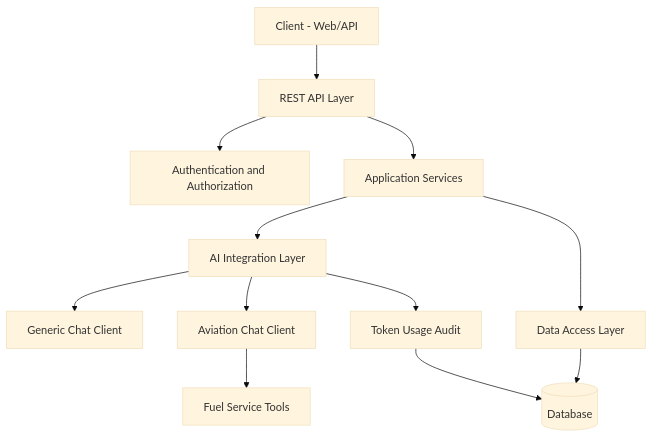
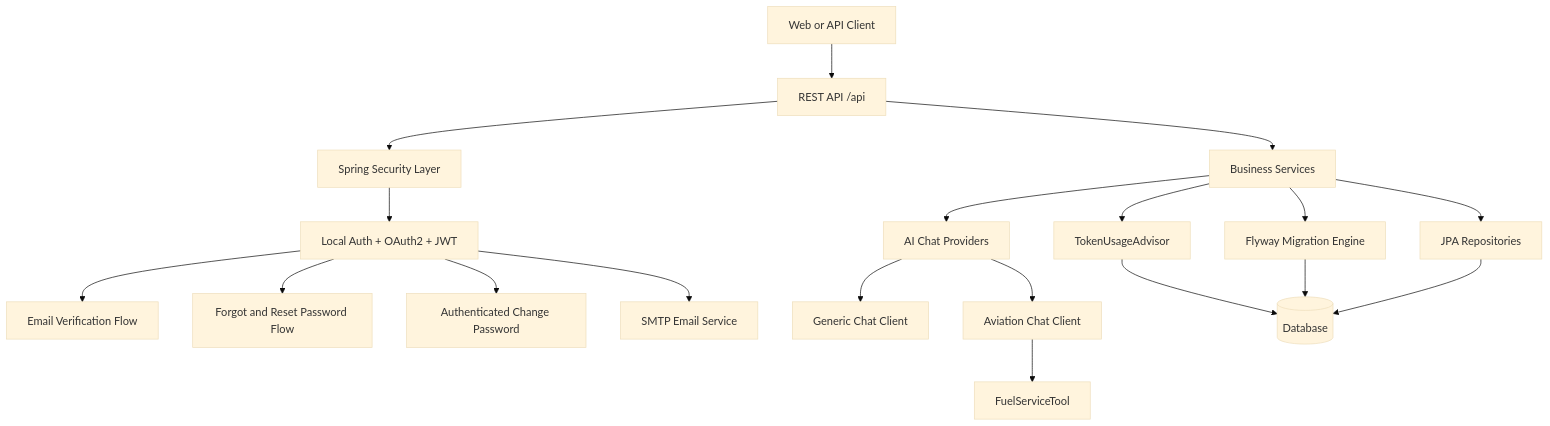
Before and after one commit to arsan13/ai-services-core: the diagram in README.md, drawn with Mermaid (base theme). The commit also changed other lines of this file, not shown here.

````diff
--- a/README.md
+++ b/README.md
@@ -42,18 +65,26 @@
 ```mermaid
 flowchart TD
-  Client[Client - Web/API] --> API[REST API Layer]
+  Client[Web or API Client] --> API[REST API /api]
 
-  API --> Security[Authentication and Authorization]
-  API --> Services[Application Services]
+  API --> Security[Spring Security Layer]
+  Security --> Auth[Local Auth + OAuth2 + JWT]
+  Auth --> Verify[Email Verification Flow]
+  Auth --> Reset[Forgot and Reset Password Flow]
+  Auth --> Change[Authenticated Change Password]
+  Auth --> Mail[SMTP Email Service]
 
-  Services --> AI[AI Integration Layer]
-  AI --> Generic[Generic Chat Client]
-  AI --> Aviation[Aviation Chat Client]
-  Aviation --> Tools[Fuel Service Tools]
+  API --> Services[Business Services]
+  Services --> Chat[AI Chat Providers]
+  Chat --> Generic[Generic Chat Client]
+  Chat --> Aviation[Aviation Chat Client]
+  Aviation --> Tools[FuelServiceTool]
 
-  Services --> Data[Data Access Layer]
-  Data --> DB[(Database)]
+  Services --> Audit[TokenUsageAdvisor]
+  Audit --> DB[(Database)]
 
-  AI --> Audit[Token Usage Audit]
-  Audit --> DB
+  Services --> Flyway[Flyway Migration Engine]
+  Flyway --> DB
+
+  Services --> Repos[JPA Repositories]
+  Repos --> DB
 ```
````
